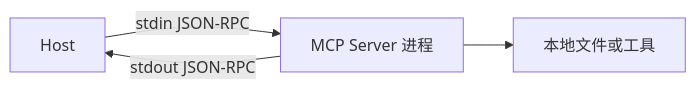
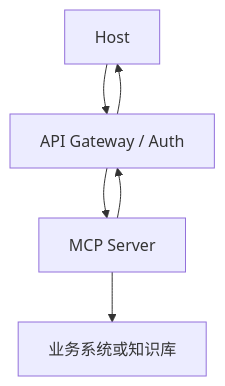
The second of 2 diagrams in docs/AI/Agent/Agent协议专题/MCP传输机制.md (Doge2077/liyyro), drawn with Mermaid before and after one commit. The commit also changed other lines of this file and 27 other files, not shown here.

````diff
--- a/docs/AI/Agent/Agent协议专题/MCP传输机制.md
+++ b/docs/AI/Agent/Agent协议专题/MCP传输机制.md
@@ -31,6 +75,8 @@
 ```mermaid
-flowchart LR
-  H["Host"] -->|"stdin JSON-RPC"| S["MCP Server 进程"]
-  S -->|"stdout JSON-RPC"| H
-  S --> F["本地文件或工具"]
+flowchart TD
+  H["Host"] --> G["API Gateway / Auth"]
+  G --> S["MCP Server"]
+  S --> D["业务系统或知识库"]
+  S --> G
+  G --> H
 ```
````
